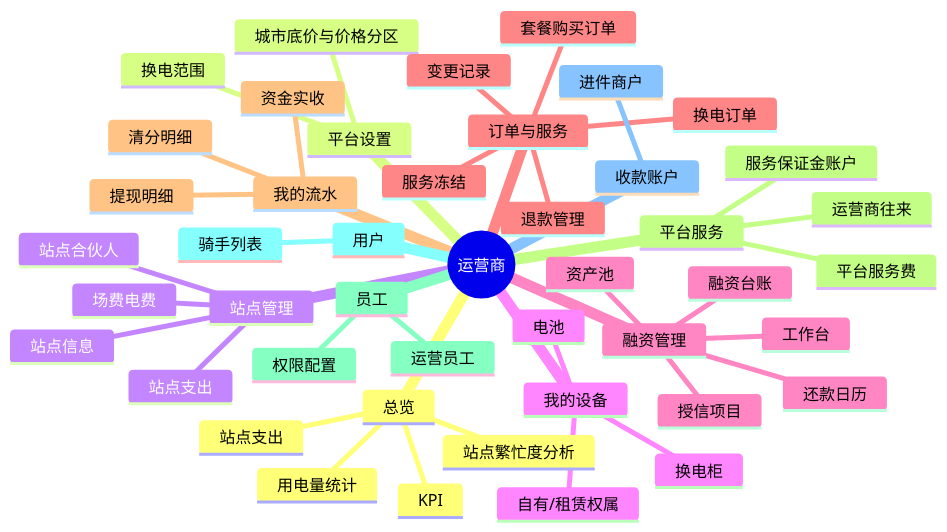
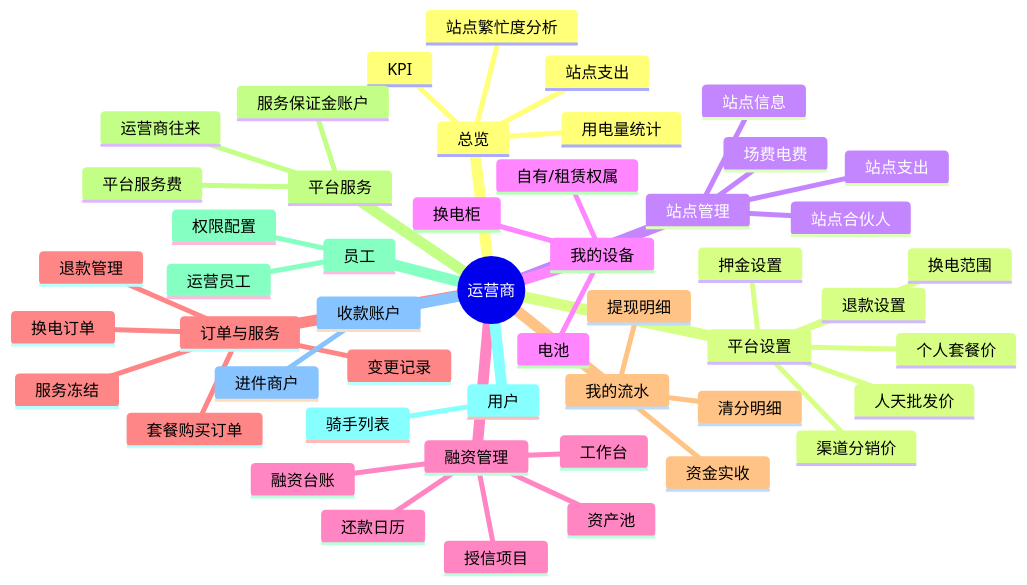
Before and after one commit to liudali/rider-swap-operator-prototype: the fourth of 16 diagrams in docs/documentation/md/功能结构与业务流程.md, drawn with Mermaid. The commit also changed other lines of this file and 32 other files, not shown here.

````diff
--- a/docs/documentation/md/功能结构与业务流程.md
+++ b/docs/documentation/md/功能结构与业务流程.md
@@ -182,48 +182,52 @@
 ```mermaid
 mindmap
   root((运营商))
     总览
       KPI
       站点繁忙度分析
       用电量统计
       站点支出
     平台设置
-      城市底价与价格分区
+      个人套餐价
+      押金设置
+      退款设置
+      人天批发价
+      渠道分销价
       换电范围
     站点管理
       站点信息
       场费电费
       站点支出
       站点合伙人
     我的设备
       换电柜
       电池
       自有/租赁权属
     融资管理
       工作台
       融资台账
       授信项目
       资产池
       还款日历
     订单与服务
       套餐购买订单
       换电订单
       服务冻结
       变更记录
       退款管理
     我的流水
       资金实收
       清分明细
       提现明细
     平台服务
       服务保证金账户
       平台服务费
       运营商往来
     员工
       运营员工
       权限配置
     用户
       骑手列表
     收款账户
       进件商户
 ```
````
